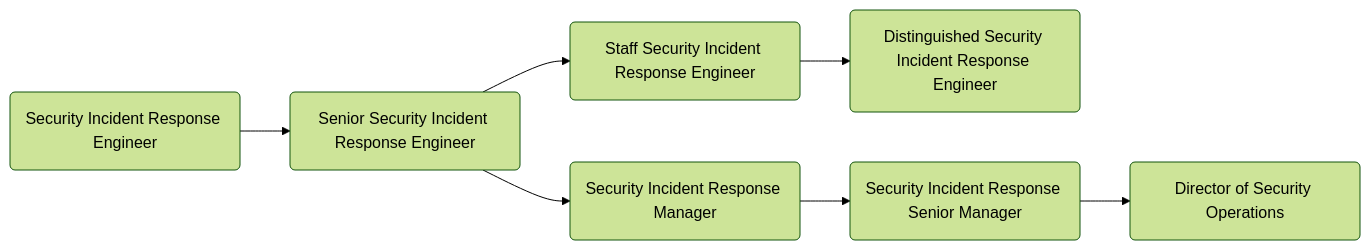
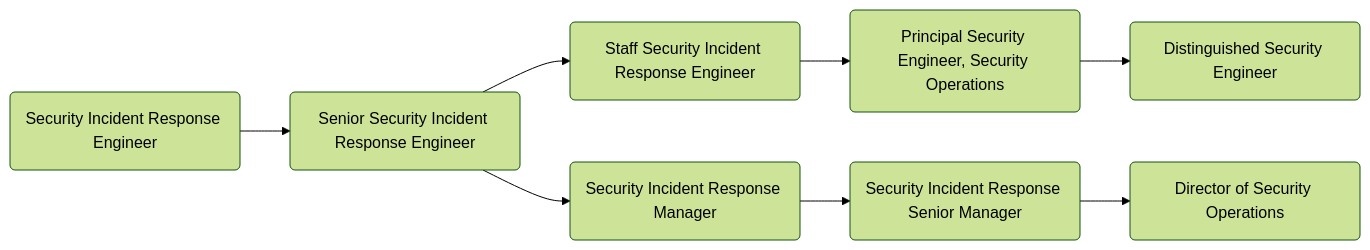
The diagram in content/job-families/security/security-incident-response-team.md (zalyoung/gitlab-handbook), drawn with Mermaid (forest theme) before and after one commit.

Commit message:
Adding-Principle-in-Career-Ladder to security-incident-response-team

````diff
--- a/content/job-families/security/security-incident-response-team.md
+++ b/content/job-families/security/security-incident-response-team.md
@@ -203,9 +203,10 @@
 ```mermaid
   graph LR;
   sec:se(Security Incident Response Engineer)-->sec:sse(Senior Security Incident Response Engineer);
   sec:sse(Senior Security Incident Response Engineer)-->sec:stse(Staff Security Incident Response Engineer);
-  sec:stse(Staff Security Incident Response Engineer)-->sec:dse(Distinguished Security Incident Response Engineer);
+  sec:stse(Staff Security Incident Response Engineer)-->sec:pse(Principal Security Engineer, Security Operations);
+  sec:pse(Principal Security Engineer, Security Operations)-->sec:dse(Distinguished Security Engineer);
   sec:sse(Senior Security Incident Response Engineer)-->sec:sem(Security Incident Response Manager);
   sec:sem(Security Incident Response Manager)-->sec:sesm(Security Incident Response Senior Manager);
   sec:sesm(Security Incident Response Senior Manager)-->sec:ds(Director of Security Operations);
 ```
````
